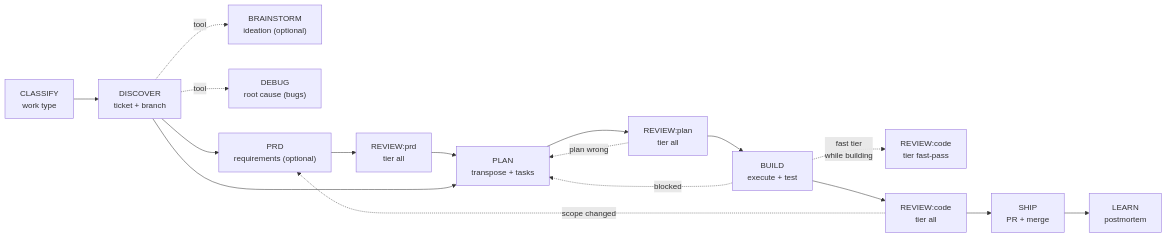
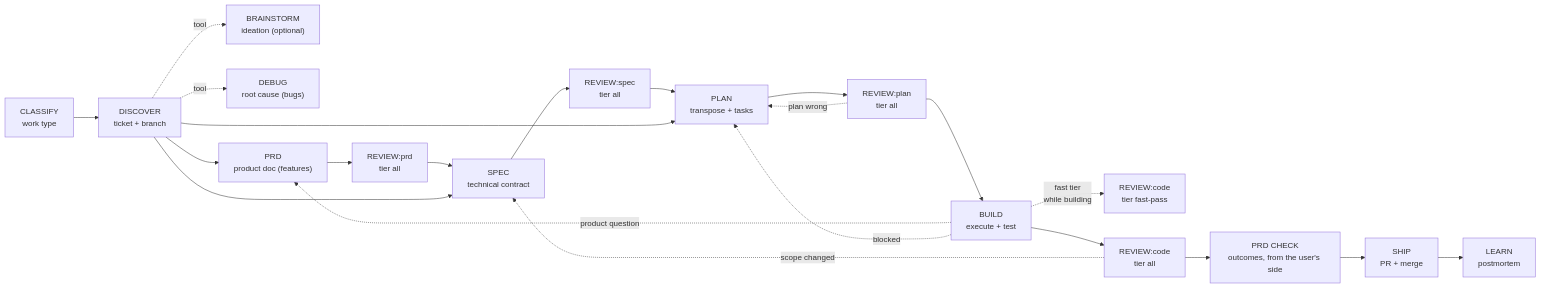
One commit to duronext/jig changed the first of 2 diagrams in core/skills/kickoff/SKILL.md. Above: the diagram before and after it, drawn with Mermaid. The commit also changed other lines of this file and 16 other files, not shown here.

````diff
--- a/core/skills/kickoff/SKILL.md
+++ b/core/skills/kickoff/SKILL.md
@@ -45,20 +45,25 @@
 ```mermaid
 graph LR
   classify["CLASSIFY<br/>work type"] --> discover["DISCOVER<br/>ticket + branch"]
   discover -.->|tool| brainstorm["BRAINSTORM<br/>ideation (optional)"]
   discover -.->|tool| debug["DEBUG<br/>root cause (bugs)"]
-  discover --> prd["PRD<br/>requirements (optional)"]
+  discover --> prd["PRD<br/>product doc (features)"]
   prd --> review_prd["REVIEW:prd<br/>tier all"]
-  review_prd --> plan["PLAN<br/>transpose + tasks"]
+  review_prd --> spec["SPEC<br/>technical contract"]
+  discover --> spec
+  spec --> review_spec["REVIEW:spec<br/>tier all"]
+  review_spec --> plan["PLAN<br/>transpose + tasks"]
   discover --> plan
   plan --> review_plan["REVIEW:plan<br/>tier all"]
   review_plan --> build["BUILD<br/>execute + test"]
   build -.->|fast tier<br/>while building| review_code_fast["REVIEW:code<br/>tier fast-pass"]
   build --> review_code["REVIEW:code<br/>tier all"]
-  review_code --> ship["SHIP<br/>PR + merge"]
+  review_code --> prd_check["PRD CHECK<br/>outcomes, from the user's side"]
+  prd_check --> ship["SHIP<br/>PR + merge"]
   ship --> learn["LEARN<br/>postmortem"]
 
   review_plan -.->|plan wrong| plan
-  review_code -.->|scope changed| prd
+  review_code -.->|scope changed| spec
+  build -.->|product question| prd
   build -.->|blocked| plan
 ```
````
